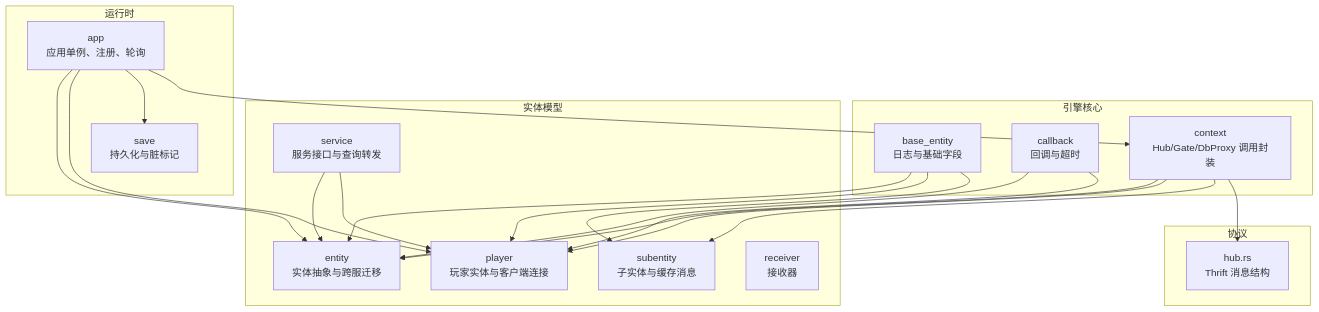
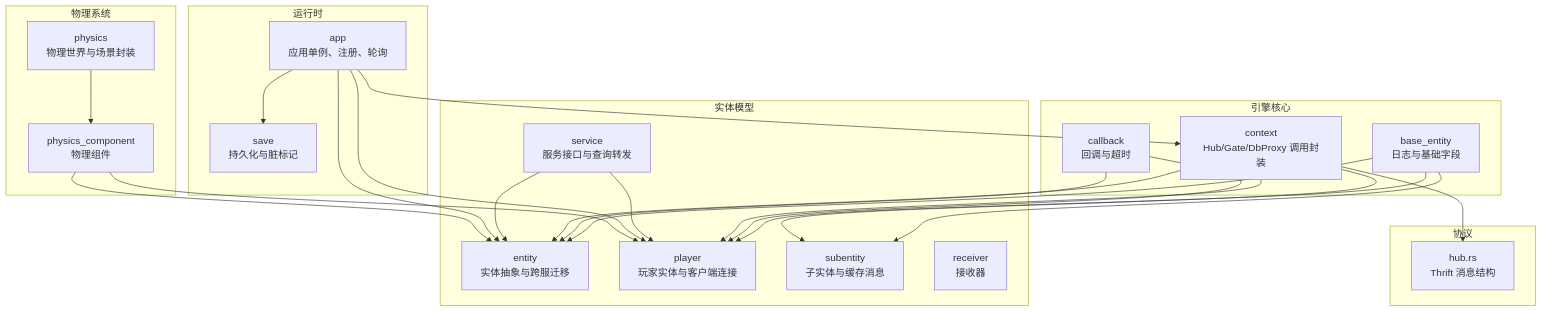
One commit to qianqians/geese changed the first of 10 diagrams in .qoder/repowiki/zh/content/实体管理系统/实体管理系统.md. Above: the diagram before and after it, drawn with Mermaid. The commit also changed other lines of this file and 5 other files, not shown here.

````diff
--- a/.qoder/repowiki/zh/content/实体管理系统/实体管理系统.md
+++ b/.qoder/repowiki/zh/content/实体管理系统/实体管理系统.md
@@ -44,37 +49,44 @@
 ```mermaid
 graph TB
 subgraph "引擎核心"
 BE["base_entity<br/>日志与基础字段"]
 CB["callback<br/>回调与超时"]
 CTX["context<br/>Hub/Gate/DbProxy 调用封装"]
 end
 subgraph "实体模型"
 ENT["entity<br/>实体抽象与跨服迁移"]
 PLR["player<br/>玩家实体与客户端连接"]
 SUB["subentity<br/>子实体与缓存消息"]
 SVC["service<br/>服务接口与查询转发"]
 RCV["receiver<br/>接收器"]
+end
+subgraph "物理系统"
+PHYS["physics<br/>物理世界与场景封装"]
+PHCOMP["physics_component<br/>物理组件"]
 end
 subgraph "运行时"
 APP["app<br/>应用单例、注册、轮询"]
 SAVE["save<br/>持久化与脏标记"]
 end
 subgraph "协议"
 HUB["hub.rs<br/>Thrift 消息结构"]
 end
 BE --> ENT
 BE --> PLR
 BE --> SUB
 CB --> ENT
 CB --> PLR
 CTX --> ENT
 CTX --> PLR
 CTX --> SUB
 SVC --> ENT
 SVC --> PLR
 APP --> ENT
 APP --> PLR
 APP --> SAVE
 APP --> CTX
 CTX --> HUB
+PHYS --> PHCOMP
+PHCOMP --> ENT
+PHCOMP --> PLR
 ```
````
